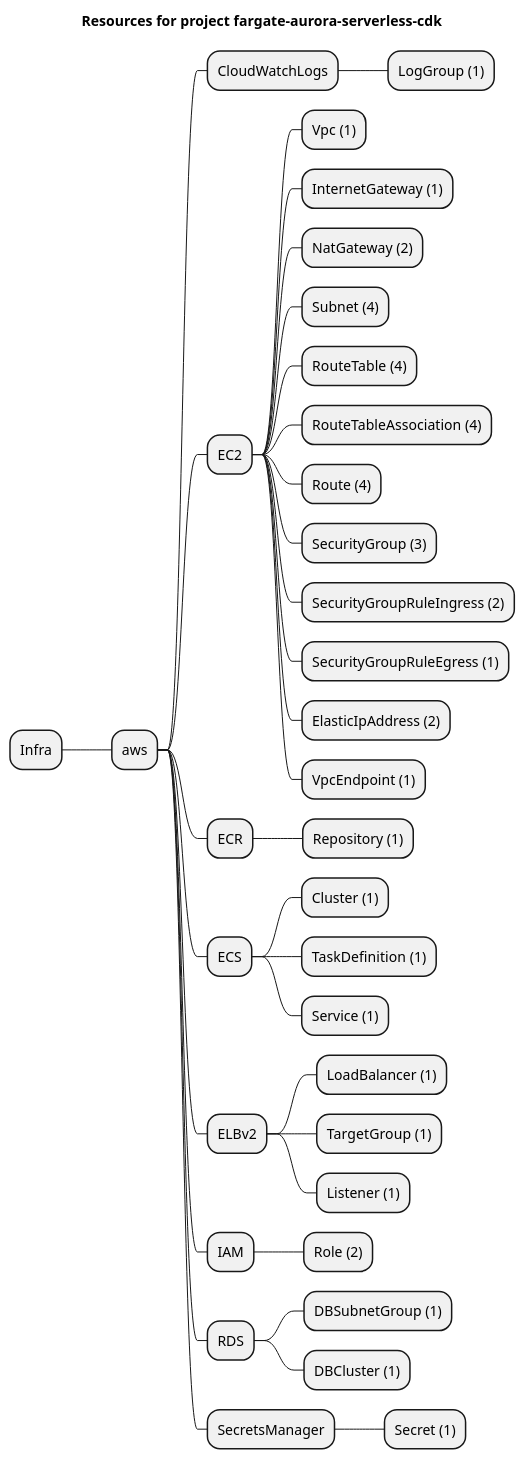
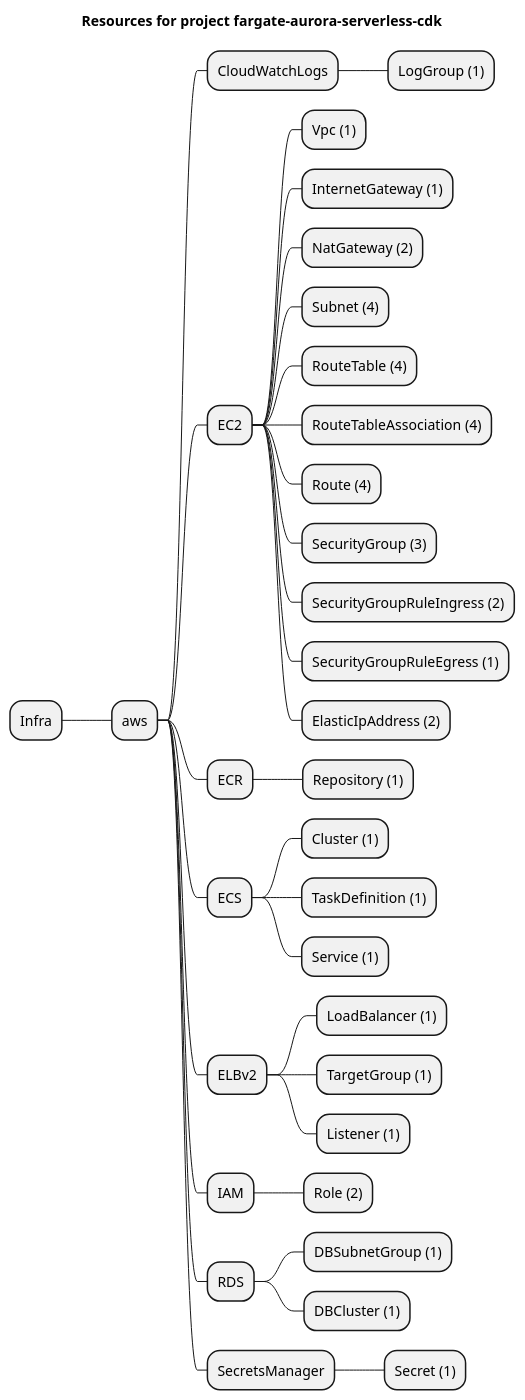
The diagram in examples/aws/serverless-patterns/fargate-aurora-serverless-cdk/artifacts/resources-mindmap.puml (grucloud/grucloud), drawn with PlantUML before and after one commit. The commit also changed 50 other files, not shown here.

```diff
--- a/examples/aws/serverless-patterns/fargate-aurora-serverless-cdk/artifacts/resources-mindmap.puml
+++ b/examples/aws/serverless-patterns/fargate-aurora-serverless-cdk/artifacts/resources-mindmap.puml
@@ -1,38 +1,37 @@
 @startmindmap
 title Resources for project fargate-aurora-serverless-cdk
 skinparam monochrome true
 + Infra
 ++ aws
 +++ CloudWatchLogs
 ++++ LogGroup (1)
 +++ EC2
 ++++ Vpc (1)
 ++++ InternetGateway (1)
 ++++ NatGateway (2)
 ++++ Subnet (4)
 ++++ RouteTable (4)
 ++++ RouteTableAssociation (4)
 ++++ Route (4)
 ++++ SecurityGroup (3)
 ++++ SecurityGroupRuleIngress (2)
 ++++ SecurityGroupRuleEgress (1)
 ++++ ElasticIpAddress (2)
-++++ VpcEndpoint (1)
 +++ ECR
 ++++ Repository (1)
 +++ ECS
 ++++ Cluster (1)
 ++++ TaskDefinition (1)
 ++++ Service (1)
 +++ ELBv2
 ++++ LoadBalancer (1)
 ++++ TargetGroup (1)
 ++++ Listener (1)
 +++ IAM
 ++++ Role (2)
 +++ RDS
 ++++ DBSubnetGroup (1)
 ++++ DBCluster (1)
 +++ SecretsManager
 ++++ Secret (1)
 @endmindmap
```
